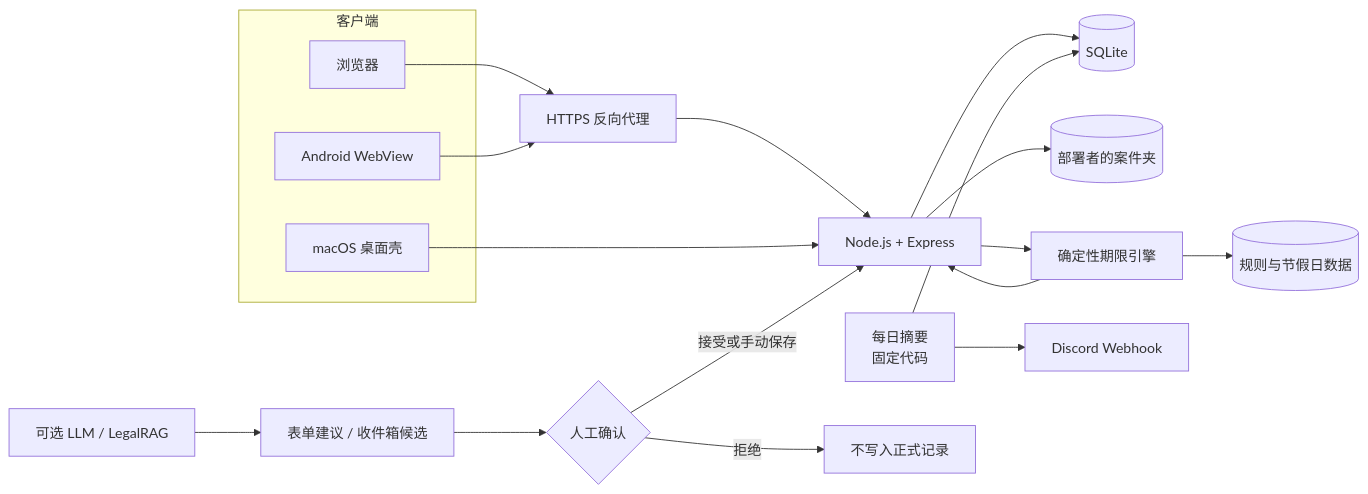
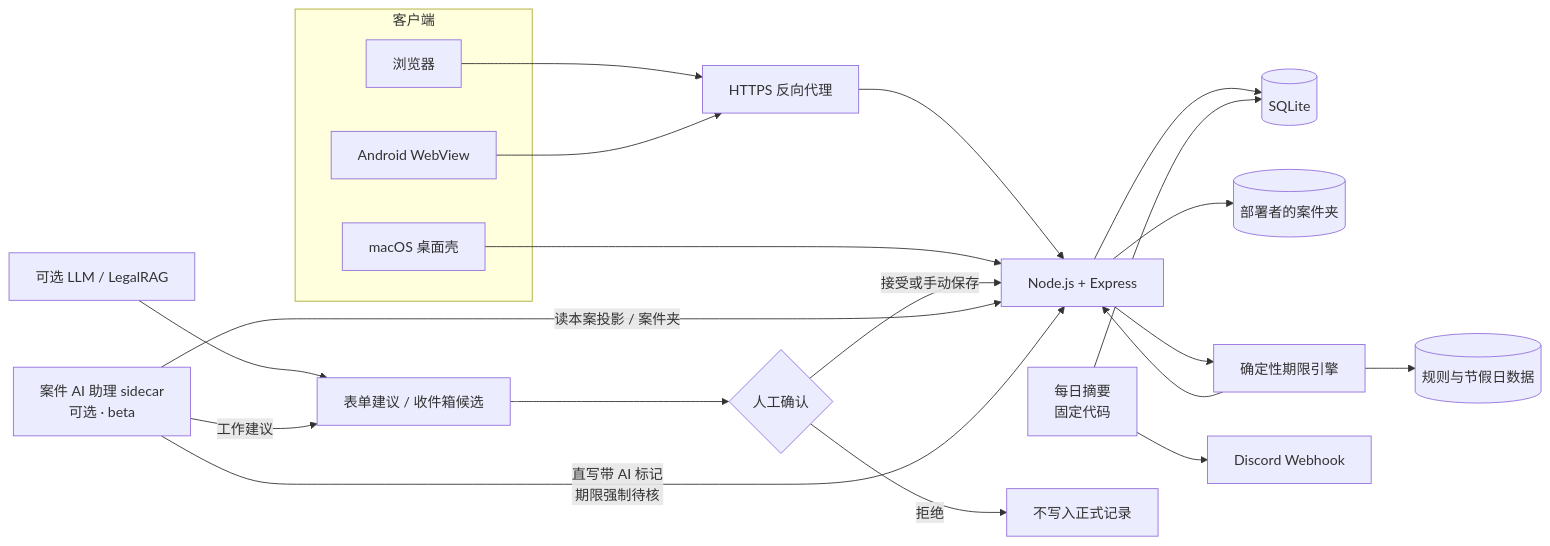
Before and after one commit to zj-ai-lab/anqi: the diagram in README.md, drawn with Mermaid. The commit also changed other lines of this file and 1 other file, not shown here.

First line of the commit message:
docs(readme): 优先介绍内置 AI 助理（beta）——专节讲能做什么/怎么开启/边界审批，全文对齐 beta.5 直写现实

````diff
--- a/README.md
+++ b/README.md
@@ -201,36 +234,41 @@
 ```mermaid
 flowchart LR
   subgraph Clients[客户端]
     Web[浏览器]
     Mac[macOS 桌面壳]
     Android[Android WebView]
   end
 
   Proxy[HTTPS 反向代理]
   App[Node.js + Express]
   DB[(SQLite)]
   Files[(部署者的案件夹)]
   Engine[确定性期限引擎]
   Rules[(规则与节假日数据)]
   Digest[每日摘要<br/>固定代码]
   Webhook[Discord Webhook]
 
   Web --> Proxy
   Android --> Proxy
   Proxy --> App
   Mac --> App
   App --> DB
   App --> Files
   App --> Engine
   Engine --> Rules
   Engine --> App
   Digest --> DB
   Digest --> Webhook
 
   Model[可选 LLM / LegalRAG]
   Candidate[表单建议 / 收件箱候选]
   Human{人工确认}
   Model --> Candidate --> Human
   Human -->|接受或手动保存| App
   Human -->|拒绝| Stop[不写入正式记录]
+
+  Agent[案件 AI 助理 sidecar<br/>可选 · beta]
+  Agent -->|读本案投影 / 案件夹| App
+  Agent -->|直写带 AI 标记<br/>期限强制待核| App
+  Agent -->|工作建议| Candidate
 ```
````
